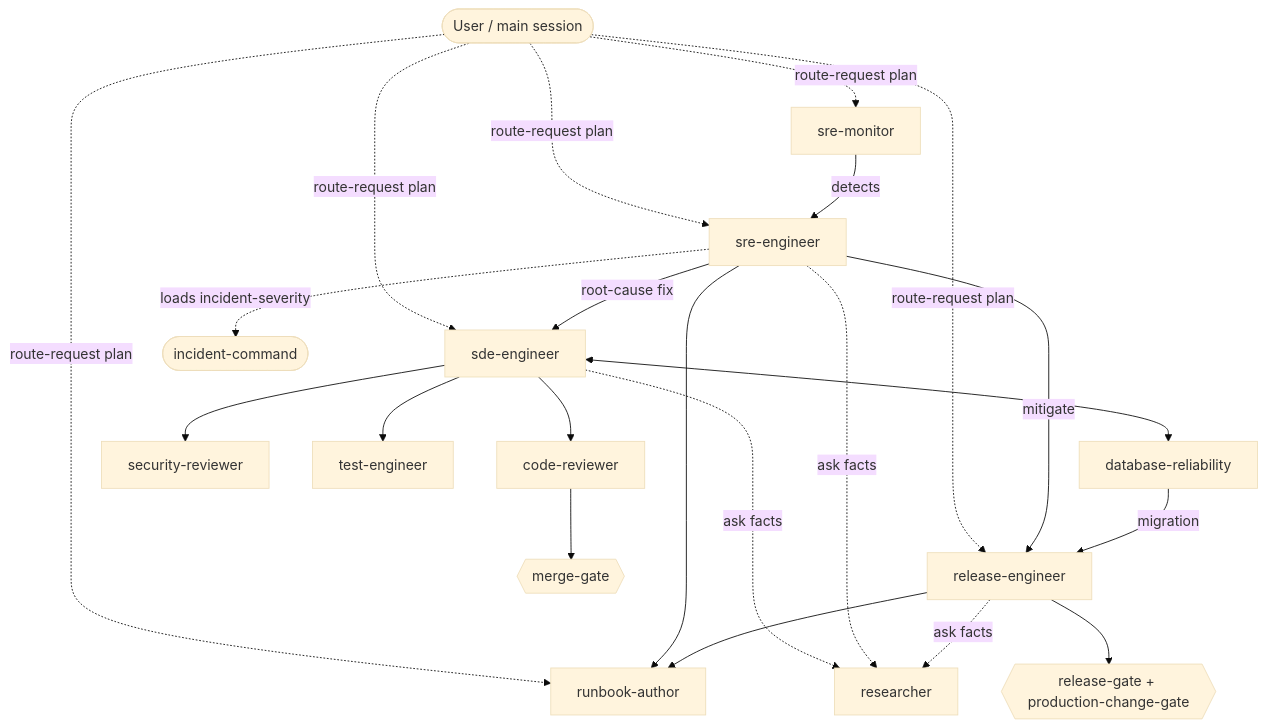
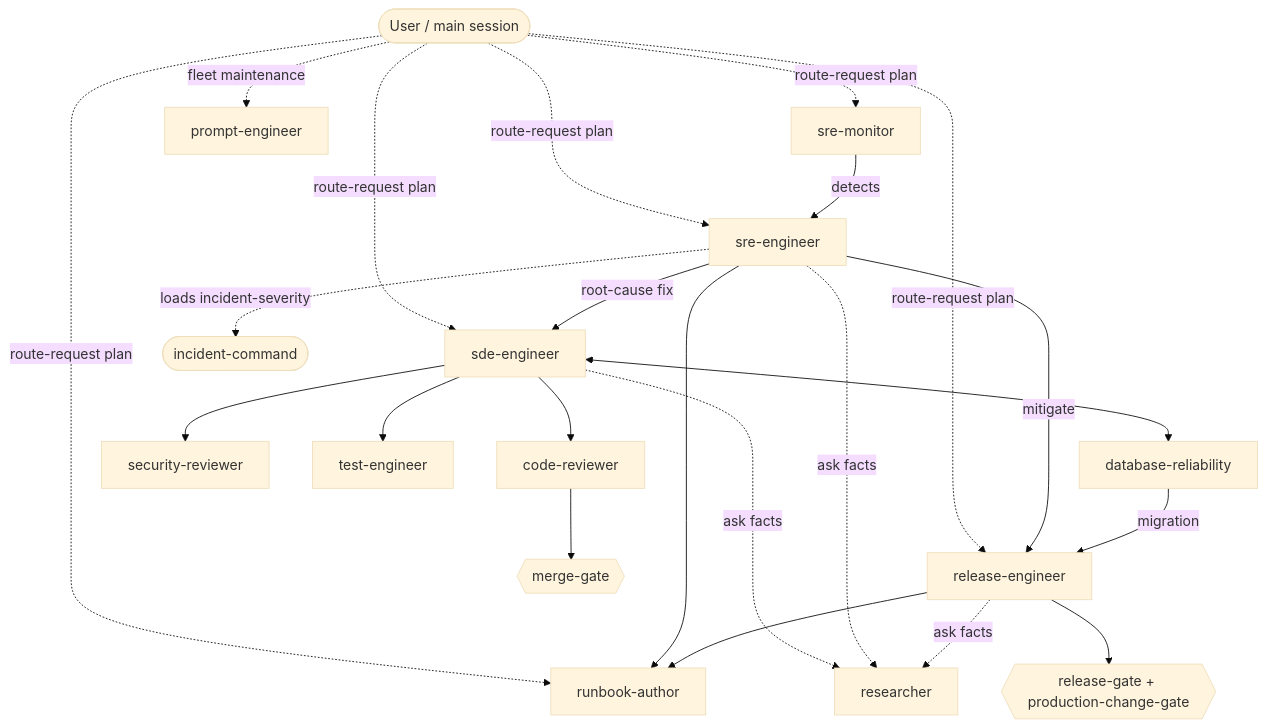
The diagram in docs/ARCHITECTURE.md (latent-sre/sre-agents), drawn with Mermaid (base theme) before and after one commit. The commit also changed other lines of this file and 19 other files, not shown here.

````diff
--- a/docs/ARCHITECTURE.md
+++ b/docs/ARCHITECTURE.md
@@ -96,21 +100,22 @@
 ```mermaid
 flowchart TD
   U([User / main session]) -. route-request plan .-> SDE & SRE & REL & MON & RB
 
   SDE[sde-engineer] --> CR[code-reviewer]
   SDE --> SEC[security-reviewer]
   SDE --> TE[test-engineer]
   SDE <--> DB[database-reliability]
   CR --> MG{{merge-gate}}
 
   MON[sre-monitor] -- detects --> SRE[sre-engineer]
   SRE -. loads incident-severity .-> ICMD([incident-command])
   SRE -- mitigate --> REL[release-engineer]
   SRE -- root-cause fix --> SDE
   DB -- migration --> REL
   REL --> RG{{release-gate + production-change-gate}}
 
   SRE --> RB[runbook-author]
   REL --> RB
   SDE & SRE & REL -. ask facts .-> RES[researcher]
+  U -. fleet maintenance .-> PE[prompt-engineer]
 ```
````
